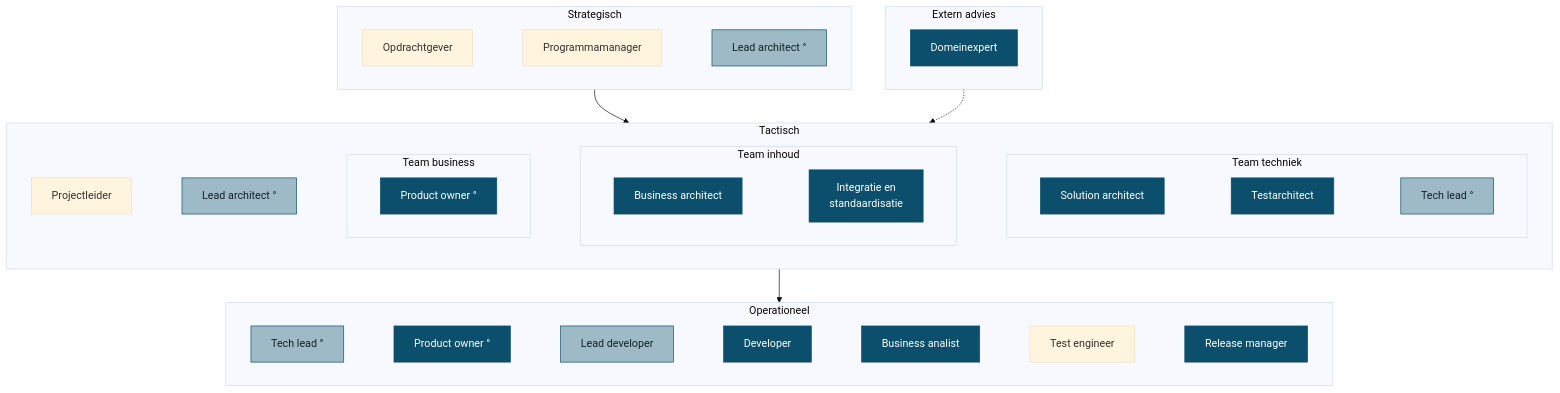
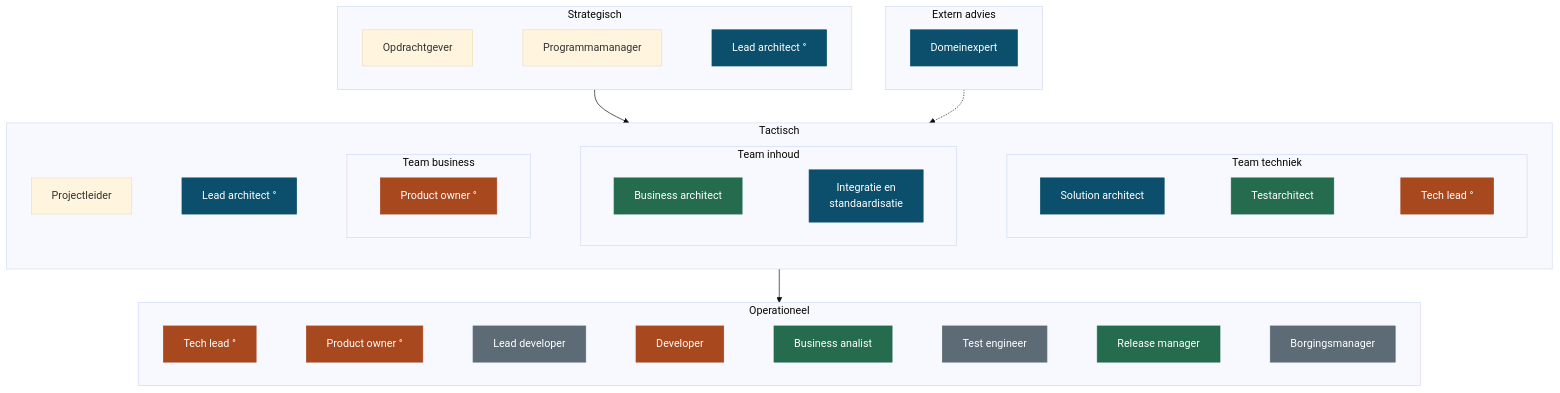
Before and after one commit to Npuls-OKx/meta: the second of 2 diagrams in presentaties/src/260903_rollen.md, drawn with Mermaid (base theme). The commit also changed other lines of this file, not shown here.

````diff
--- a/presentaties/src/260903_rollen.md
+++ b/presentaties/src/260903_rollen.md
@@ -199,51 +245,53 @@
 ```mermaid
 flowchart TB
   subgraph EX["Extern advies"]
     direction LR
     DE["Domeinexpert"]
   end
   subgraph S["Strategisch"]
     direction LR
     OG["Opdrachtgever"] ~~~ PM["Programmamanager"] ~~~ LA1["Lead architect °"]
   end
   subgraph T["Tactisch"]
     direction LR
     PL["Projectleider"]
     LA2["Lead architect °"]
     subgraph TB2["Team business"]
       direction LR
       PO1["Product owner °"]
     end
     subgraph TI["Team inhoud"]
       direction LR
       BAR["Business architect"] ~~~ IS["Integratie en<br/>standaardisatie"]
     end
     subgraph TT["Team techniek"]
       direction LR
       SA["Solution architect"] ~~~ TA["Testarchitect"] ~~~ TL1["Tech lead °"]
     end
     PL ~~~ LA2 ~~~ TB2 ~~~ TI ~~~ TT
   end
   subgraph O["Operationeel"]
     direction LR
-    TL2["Tech lead °"] ~~~ PO2["Product owner °"] ~~~ LD["Lead developer"] ~~~ DEV["Developer"] ~~~ BA["Business analist"] ~~~ TE["Test engineer"] ~~~ RM["Release manager"]
+    TL2["Tech lead °"] ~~~ PO2["Product owner °"] ~~~ LD["Lead developer"] ~~~ DEV["Developer"] ~~~ BA["Business analist"] ~~~ TE["Test engineer"] ~~~ RM["Release manager"] ~~~ BM["Borgingsmanager"]
   end
   S --> T
   T --> O
   EX -.-> T
-  style PO1 fill:#0B4F6C,stroke:#0B4F6C,color:#fff
-  style PO2 fill:#0B4F6C,stroke:#0B4F6C,color:#fff
-  style BA fill:#0B4F6C,stroke:#0B4F6C,color:#fff
-  style BAR fill:#0B4F6C,stroke:#0B4F6C,color:#fff
+  style LA1 fill:#0B4F6C,stroke:#0B4F6C,color:#fff
+  style LA2 fill:#0B4F6C,stroke:#0B4F6C,color:#fff
+  style SA fill:#0B4F6C,stroke:#0B4F6C,color:#fff
   style IS fill:#0B4F6C,stroke:#0B4F6C,color:#fff
-  style SA fill:#0B4F6C,stroke:#0B4F6C,color:#fff
-  style TA fill:#0B4F6C,stroke:#0B4F6C,color:#fff
   style DE fill:#0B4F6C,stroke:#0B4F6C,color:#fff
-  style RM fill:#0B4F6C,stroke:#0B4F6C,color:#fff
-  style DEV fill:#0B4F6C,stroke:#0B4F6C,color:#fff
-  style LA1 fill:#9dbac6,stroke:#0B4F6C,color:#132029
-  style LA2 fill:#9dbac6,stroke:#0B4F6C,color:#132029
-  style TL1 fill:#9dbac6,stroke:#0B4F6C,color:#132029
-  style TL2 fill:#9dbac6,stroke:#0B4F6C,color:#132029
-  style LD fill:#9dbac6,stroke:#0B4F6C,color:#132029
+  style PO1 fill:#A8481F,stroke:#A8481F,color:#fff
+  style PO2 fill:#A8481F,stroke:#A8481F,color:#fff
+  style TL1 fill:#A8481F,stroke:#A8481F,color:#fff
+  style TL2 fill:#A8481F,stroke:#A8481F,color:#fff
+  style DEV fill:#A8481F,stroke:#A8481F,color:#fff
+  style BAR fill:#256B4E,stroke:#256B4E,color:#fff
+  style BA fill:#256B4E,stroke:#256B4E,color:#fff
+  style TA fill:#256B4E,stroke:#256B4E,color:#fff
+  style RM fill:#256B4E,stroke:#256B4E,color:#fff
+  style LD fill:#5C6B75,stroke:#5C6B75,color:#fff
+  style TE fill:#5C6B75,stroke:#5C6B75,color:#fff
+  style BM fill:#5C6B75,stroke:#5C6B75,color:#fff
 ```
````
